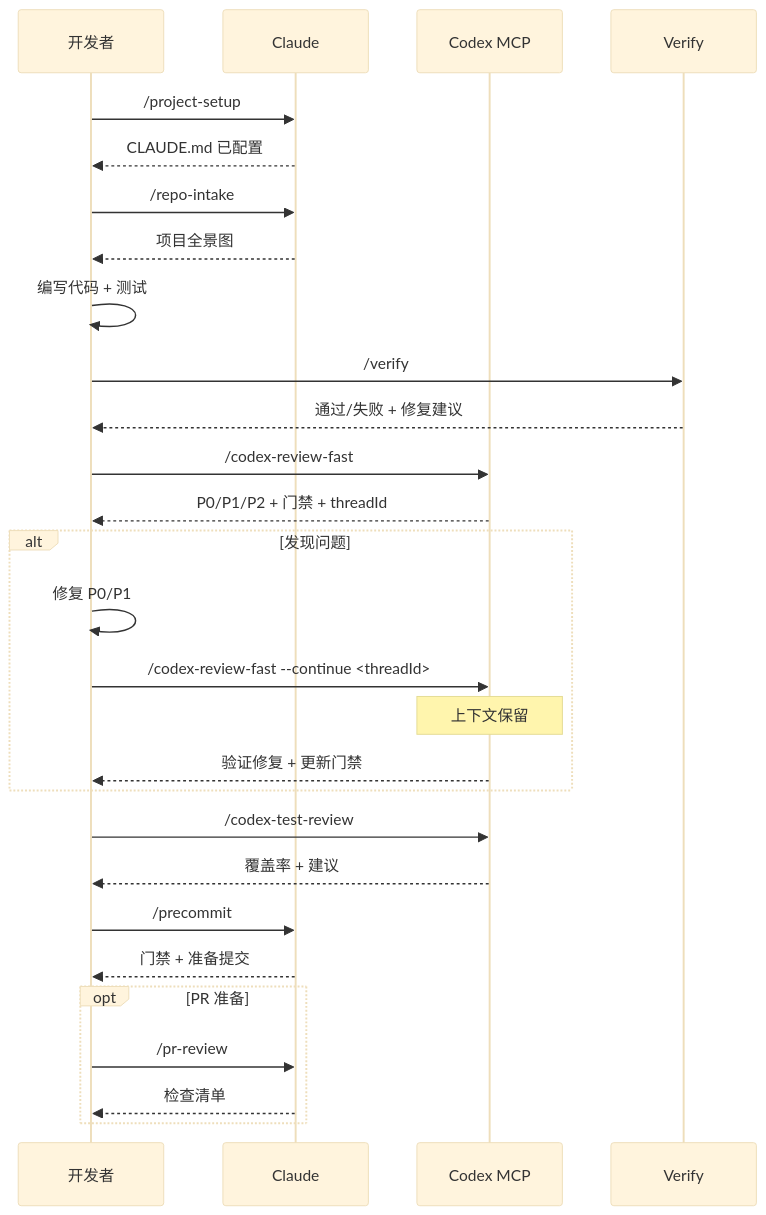
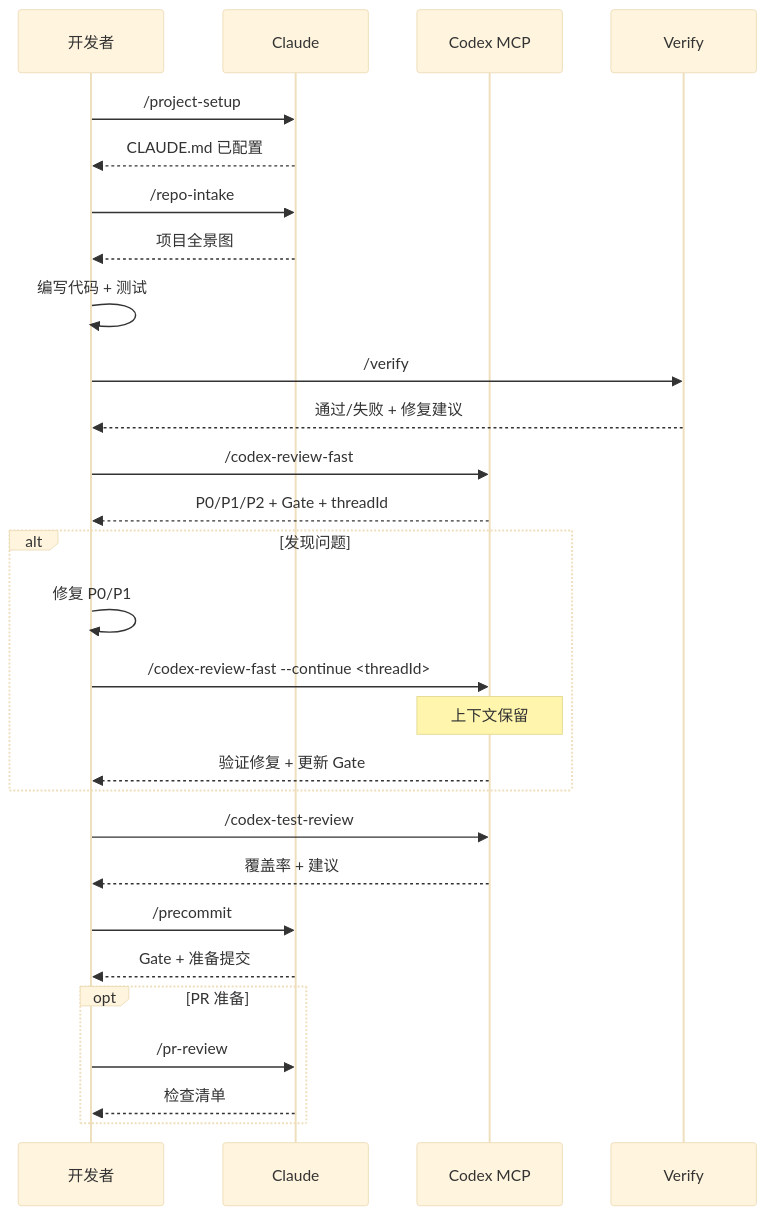
Before and after one commit to jupiter-Pulin/Uranus-dev-flow: the diagram in README.zh-CN.md, drawn with Mermaid (base theme). The commit also changed other lines of this file and 4 other files, not shown here.

````diff
--- a/README.zh-CN.md
+++ b/README.zh-CN.md
@@ -45,39 +47,39 @@
 ```mermaid
 sequenceDiagram
     participant D as 开发者
     participant C as Claude
     participant X as Codex MCP
     participant V as Verify
 
     D->>C: /project-setup
     C-->>D: CLAUDE.md 已配置
 
     D->>C: /repo-intake
     C-->>D: 项目全景图
 
     D->>D: 编写代码 + 测试
 
     D->>V: /verify
     V-->>D: 通过/失败 + 修复建议
 
     D->>X: /codex-review-fast
-    X-->>D: P0/P1/P2 + 门禁 + threadId
+    X-->>D: P0/P1/P2 + Gate + threadId
 
     alt 发现问题
         D->>D: 修复 P0/P1
         D->>X: /codex-review-fast --continue <threadId>
         Note over X: 上下文保留
-        X-->>D: 验证修复 + 更新门禁
+        X-->>D: 验证修复 + 更新 Gate
     end
 
     D->>X: /codex-test-review
     X-->>D: 覆盖率 + 建议
 
     D->>C: /precommit
-    C-->>D: 门禁 + 准备提交
+    C-->>D: Gate + 准备提交
 
     opt PR 准备
         D->>C: /pr-review
         C-->>D: 检查清单
     end
 ```
````
